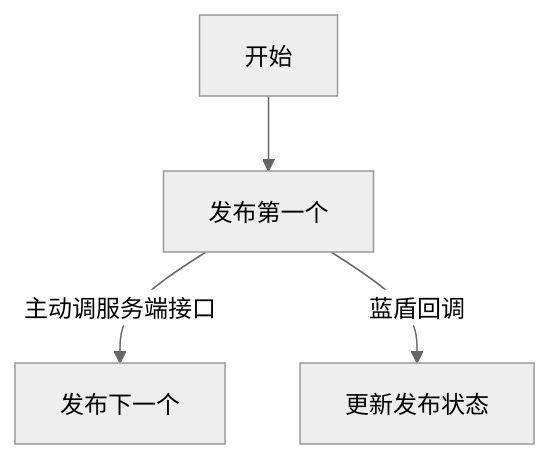
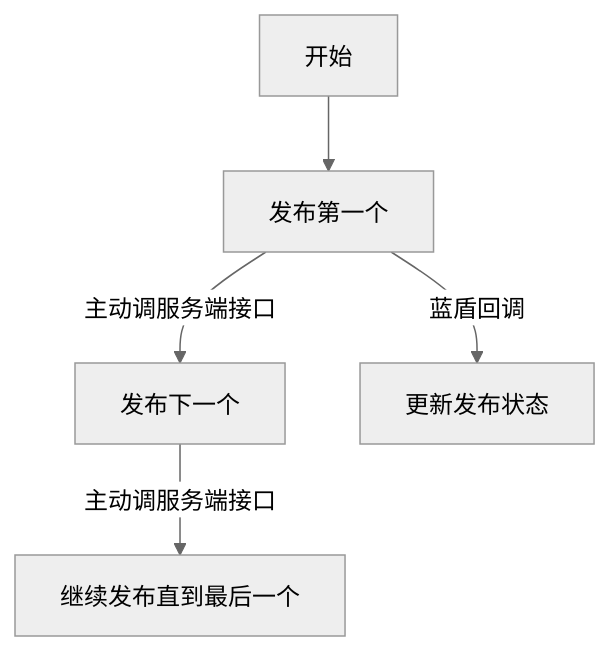
The diagram in docs/2026上/no-tech-thought.md (novlan1/notes), drawn with Mermaid (neutral theme) before and after one commit. The commit also changed 1 other file, not shown here.

Commit message:
docs: update notes

````diff
--- a/docs/2026上/no-tech-thought.md
+++ b/docs/2026上/no-tech-thought.md
@@ -3,5 +3,6 @@
 ```mermaid
 graph TD
 开始 --> 发布第一个 --主动调服务端接口--> 发布下一个
 发布第一个 --蓝盾回调--> 更新发布状态
+发布下一个 --主动调服务端接口--> 继续发布直到最后一个
 ```
````
